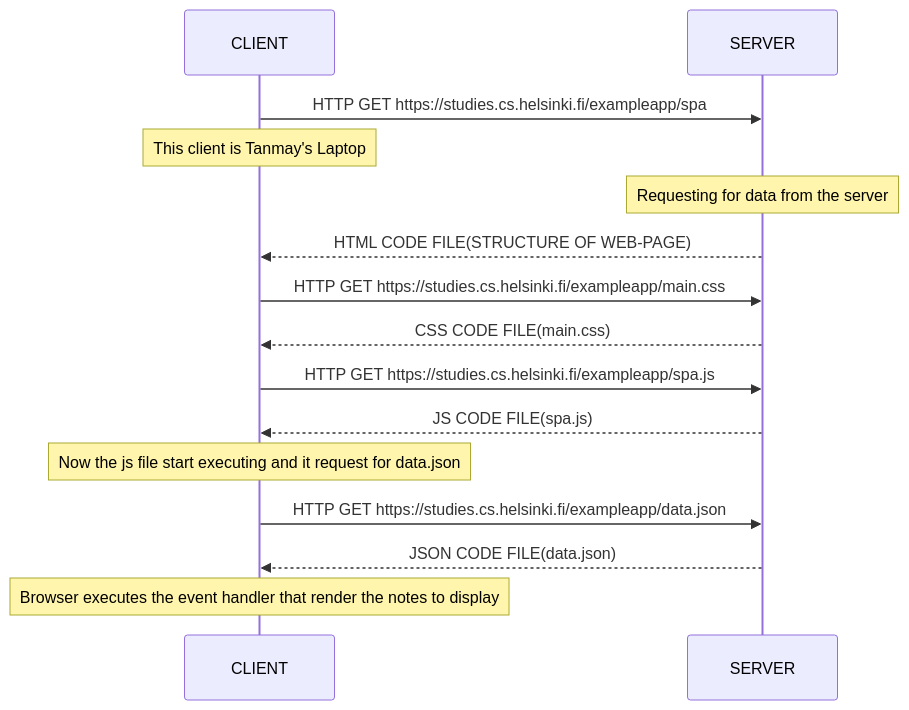
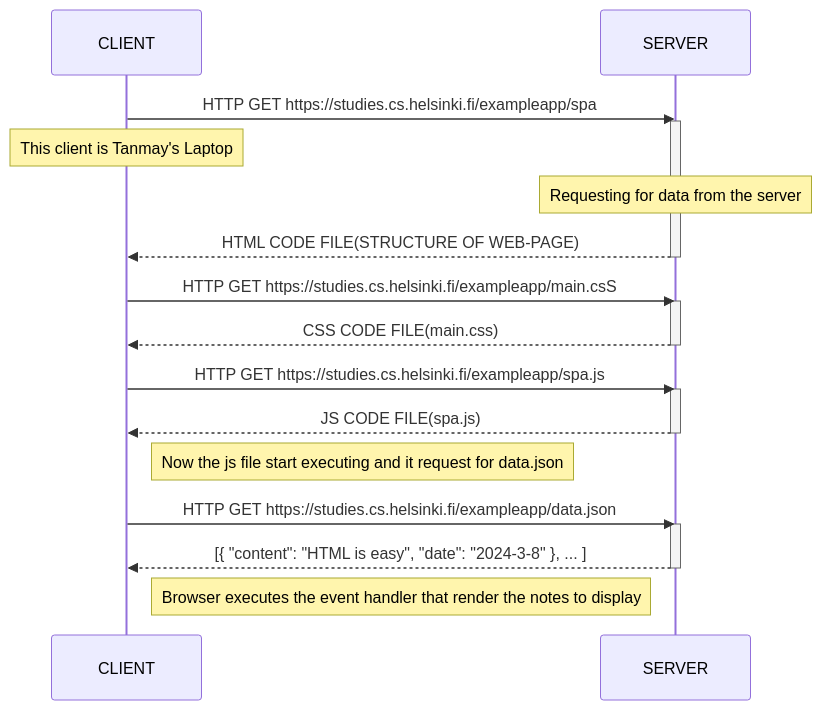
One commit to Tanmay1say/sample1 changed the diagram in README.mmd. Above: the diagram before and after it, drawn with Mermaid.

```diff
--- a/README.mmd
+++ b/README.mmd
@@ -1,13 +1,26 @@
+
 sequenceDiagram
 CLIENT->>SERVER : HTTP GET https://studies.cs.helsinki.fi/exampleapp/spa
+activate SERVER
 Note over CLIENT : This client is Tanmay's Laptop
 Note over SERVER : Requesting for data from the server
 SERVER-->>CLIENT : HTML CODE FILE(STRUCTURE OF WEB-PAGE)
-CLIENT->>SERVER : HTTP GET https://studies.cs.helsinki.fi/exampleapp/main.css
+deactivate SERVER
+
+CLIENT->>SERVER : HTTP GET https://studies.cs.helsinki.fi/exampleapp/main.csS
+activate SERVER
 SERVER -->> CLIENT : CSS CODE FILE(main.css)
+deactivate SERVER
+
 CLIENT ->> SERVER : HTTP GET https://studies.cs.helsinki.fi/exampleapp/spa.js
+activate SERVER
 SERVER -->> CLIENT : JS CODE FILE(spa.js)
-Note over CLIENT : Now the js file start executing and it request for data.json
+deactivate SERVER
+
+
+Note right of CLIENT : Now the js file start executing and it request for data.json
 CLIENT ->> SERVER : HTTP GET https://studies.cs.helsinki.fi/exampleapp/data.json
-SERVER -->> CLIENT : JSON CODE FILE(data.json)
-Note over CLIENT : Browser executes the event handler that render the notes to display
+activate SERVER
+SERVER -->> CLIENT : [{ "content": "HTML is easy", "date": "2024-3-8" }, ... ]
+deactivate SERVER
+Note right of CLIENT : Browser executes the event handler that render the notes to display
```
